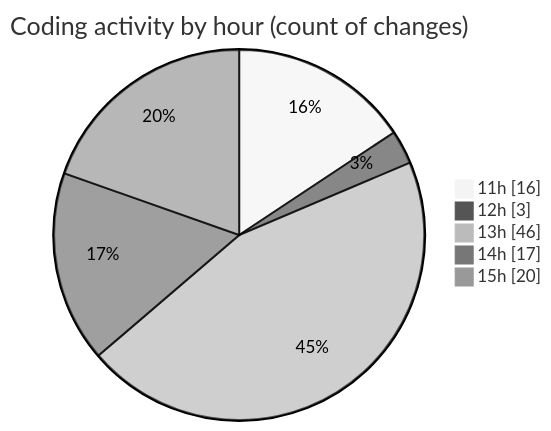
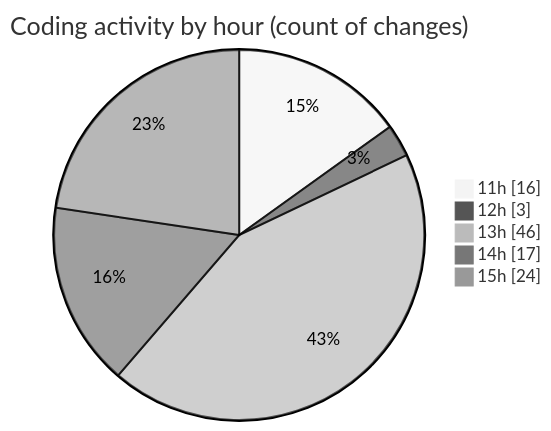
The second of 2 diagrams in 2025-07-08/argos/README.md (nxtqubesakshisongat/code-tracking), drawn with Mermaid (neutral theme) before and after one commit. The commit also changed other lines of this file and 1 other file, not shown here.

````diff
--- a/2025-07-08/argos/README.md
+++ b/2025-07-08/argos/README.md
@@ -34,9 +34,9 @@
 ```mermaid
 pie showData
 title Coding activity by hour (count of changes)
 "11h" : 16
 "12h" : 3
 "13h" : 46
 "14h" : 17
-"15h" : 20
+"15h" : 24
 ```
````
